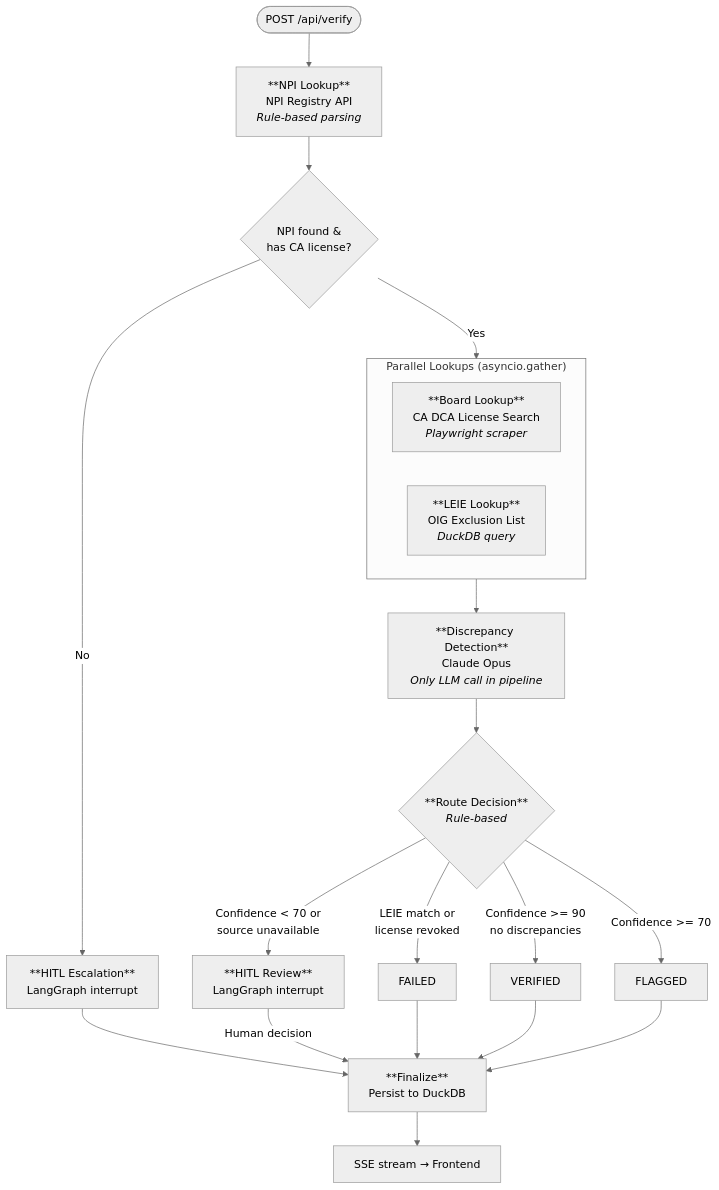
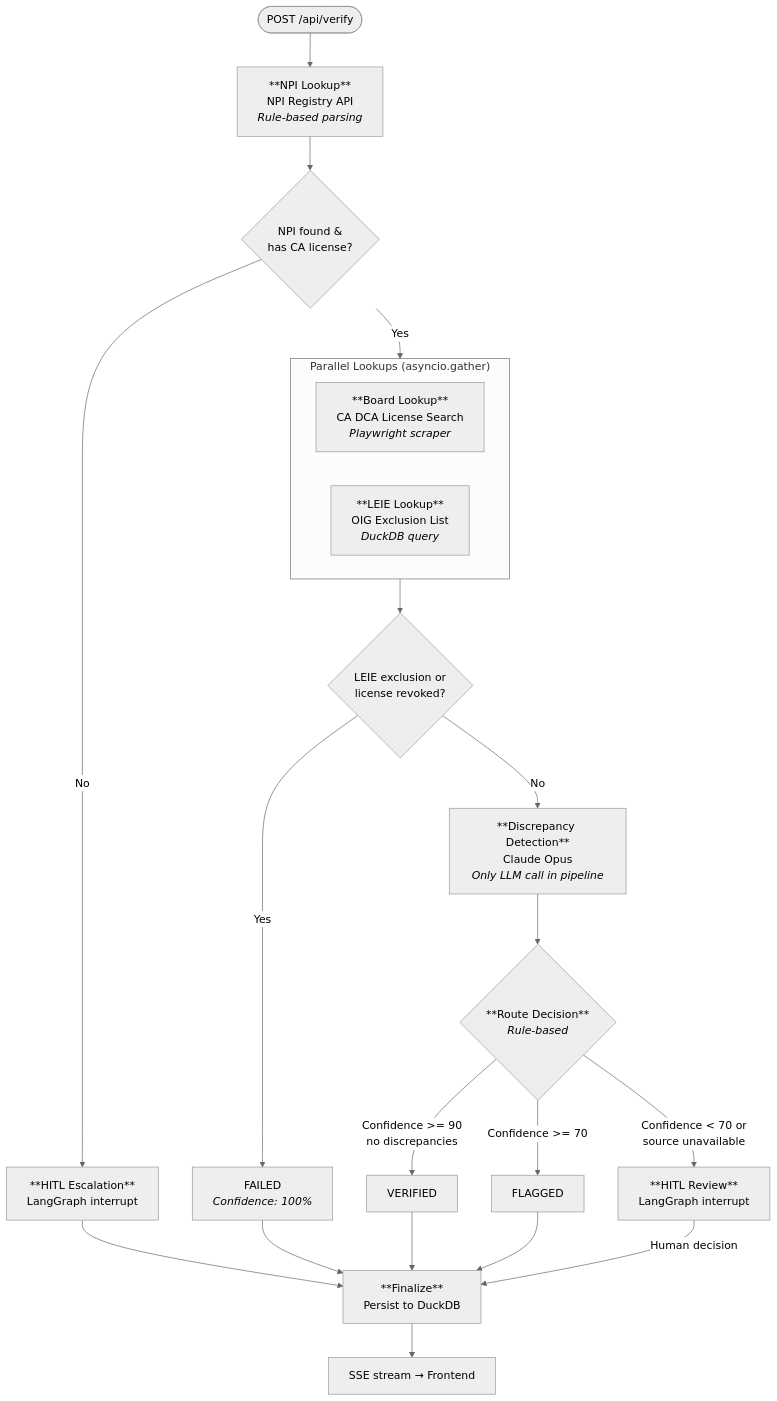
The second of 2 diagrams in README.md (karankrishnani/credentialmd-poc), drawn with Mermaid (neutral theme) before and after one commit. The commit also changed other lines of this file and 2 other files, not shown here.

First line of the commit message:
Short-circuit LEIE exclusion and license revocation to auto-fail without LLM call

````diff
--- a/README.md
+++ b/README.md
@@ -71,30 +72,31 @@
 ```mermaid
 flowchart TD
     Start(["POST /api/verify"]) --> NPI["**NPI Lookup**<br/>NPI Registry API<br/><i>Rule-based parsing</i>"]
 
     NPI --> NPICheck{"NPI found &<br/>has CA license?"}
     NPICheck -->|No| HITL1["**HITL Escalation**<br/>LangGraph interrupt"]
     NPICheck -->|Yes| Parallel
 
     subgraph Parallel ["Parallel Lookups (asyncio.gather)"]
         Board["**Board Lookup**<br/>CA DCA License Search<br/><i>Playwright scraper</i>"]
         LEIE["**LEIE Lookup**<br/>OIG Exclusion List<br/><i>DuckDB query</i>"]
     end
 
-    Parallel --> LLM["**Discrepancy Detection**<br/>Claude Opus<br/><i>Only LLM call in pipeline</i>"]
+    Parallel --> AutoFailCheck{"LEIE exclusion or<br/>license revoked?"}
+
+    AutoFailCheck -->|"Yes"| Fail["FAILED<br/><i>Confidence: 100%</i>"]
+    AutoFailCheck -->|"No"| LLM["**Discrepancy Detection**<br/>Claude Opus<br/><i>Only LLM call in pipeline</i>"]
 
     LLM --> Route{"**Route Decision**<br/><i>Rule-based</i>"}
-
-    Route -->|"LEIE match or<br/>license revoked"| Fail["FAILED"]
     Route -->|"Confidence >= 90<br/>no discrepancies"| Verify["VERIFIED"]
     Route -->|"Confidence >= 70"| Flag["FLAGGED"]
     Route -->|"Confidence < 70 or<br/>source unavailable"| HITL2["**HITL Review**<br/>LangGraph interrupt"]
 
     HITL1 --> Finalize
     HITL2 -->|"Human decision"| Finalize
     Fail --> Finalize["**Finalize**<br/>Persist to DuckDB"]
     Verify --> Finalize
     Flag --> Finalize
 
     Finalize --> SSE["SSE stream → Frontend"]
 ```
````
